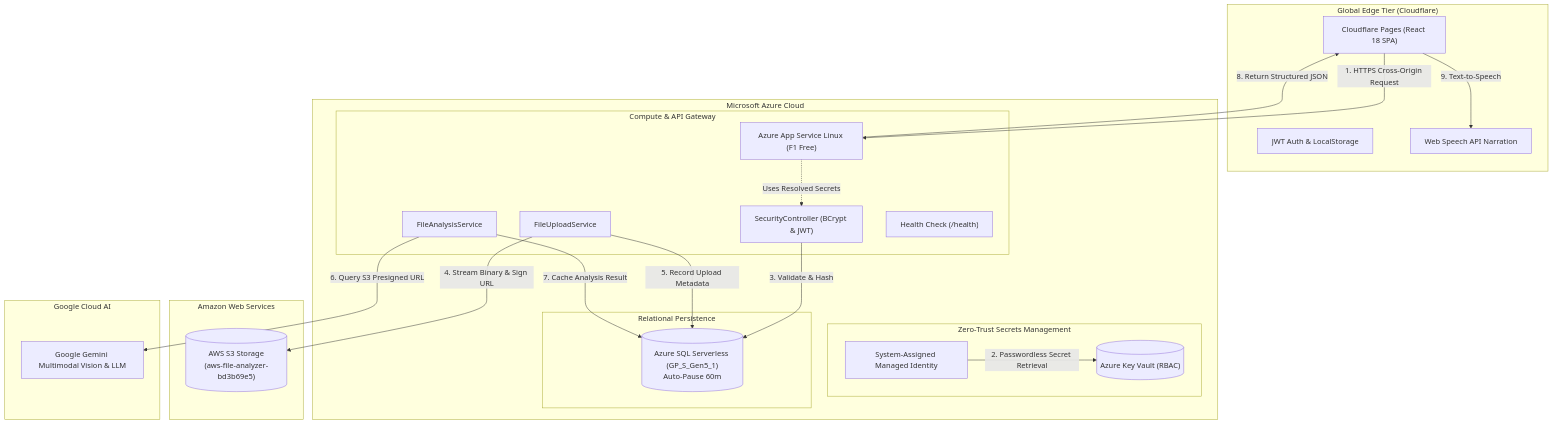
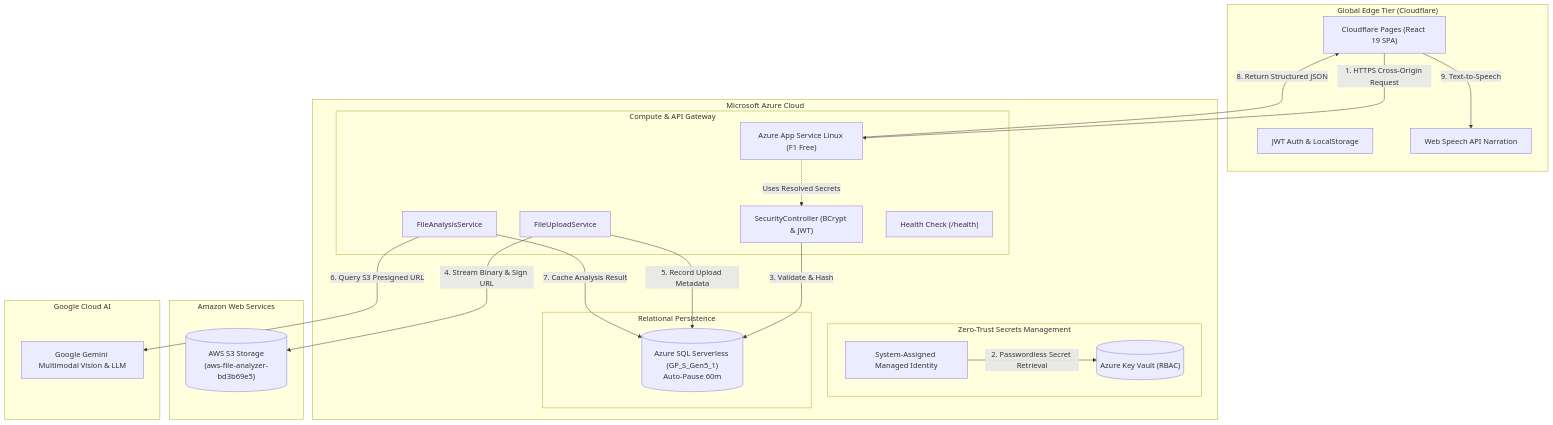
Before and after one commit to BradshawAsher/aws-file-analyzer: the diagram in README.md, drawn with Mermaid. The commit also changed other lines of this file and 25 other files, not shown here.

````diff
--- a/README.md
+++ b/README.md
@@ -38,47 +38,47 @@
 ```mermaid
 flowchart TD
     subgraph Edge ["Global Edge Tier (Cloudflare)"]
-        CF["Cloudflare Pages (React 18 SPA)"]
+        CF["Cloudflare Pages (React 19 SPA)"]
         BrowserAuth["JWT Auth & LocalStorage"]
         Voice["Web Speech API Narration"]
     end
 
     subgraph AzureCloud ["Microsoft Azure Cloud"]
         subgraph ComputeTier ["Compute & API Gateway"]
             AppService["Azure App Service Linux (F1 Free)"]
             SecCtrl["SecurityController (BCrypt & JWT)"]
             UploadSvc["FileUploadService"]
             AnalysisSvc["FileAnalysisService"]
             HealthCheck["Health Check (/health)"]
         end
 
         subgraph SecurityTier ["Zero-Trust Secrets Management"]
             KeyVault[("Azure Key Vault (RBAC)")]
             ManagedId["System-Assigned Managed Identity"]
         end
 
         subgraph DataTier ["Relational Persistence"]
             AzureSQL[("Azure SQL Serverless (GP_S_Gen5_1)<br/>Auto-Pause 60m")]
         end
     end
 
     subgraph AWSCloud ["Amazon Web Services"]
         S3[("AWS S3 Storage<br/>(aws-file-analyzer-bd3b69e5)")]
     end
 
     subgraph GoogleCloud ["Google Cloud AI"]
         Gemini["Google Gemini Multimodal Vision & LLM"]
     end
 
     %% Flow connections
     CF -->|1. HTTPS Cross-Origin Request| AppService
     ManagedId -->|2. Passwordless Secret Retrieval| KeyVault
     AppService -.->|Uses Resolved Secrets| SecCtrl
     SecCtrl -->|3. Validate & Hash| AzureSQL
     UploadSvc -->|4. Stream Binary & Sign URL| S3
     UploadSvc -->|5. Record Upload Metadata| AzureSQL
     AnalysisSvc -->|6. Query S3 Presigned URL| Gemini
     AnalysisSvc -->|7. Cache Analysis Result| AzureSQL
     AppService -->|8. Return Structured JSON| CF
     CF -->|9. Text-to-Speech| Voice
 ```
````
